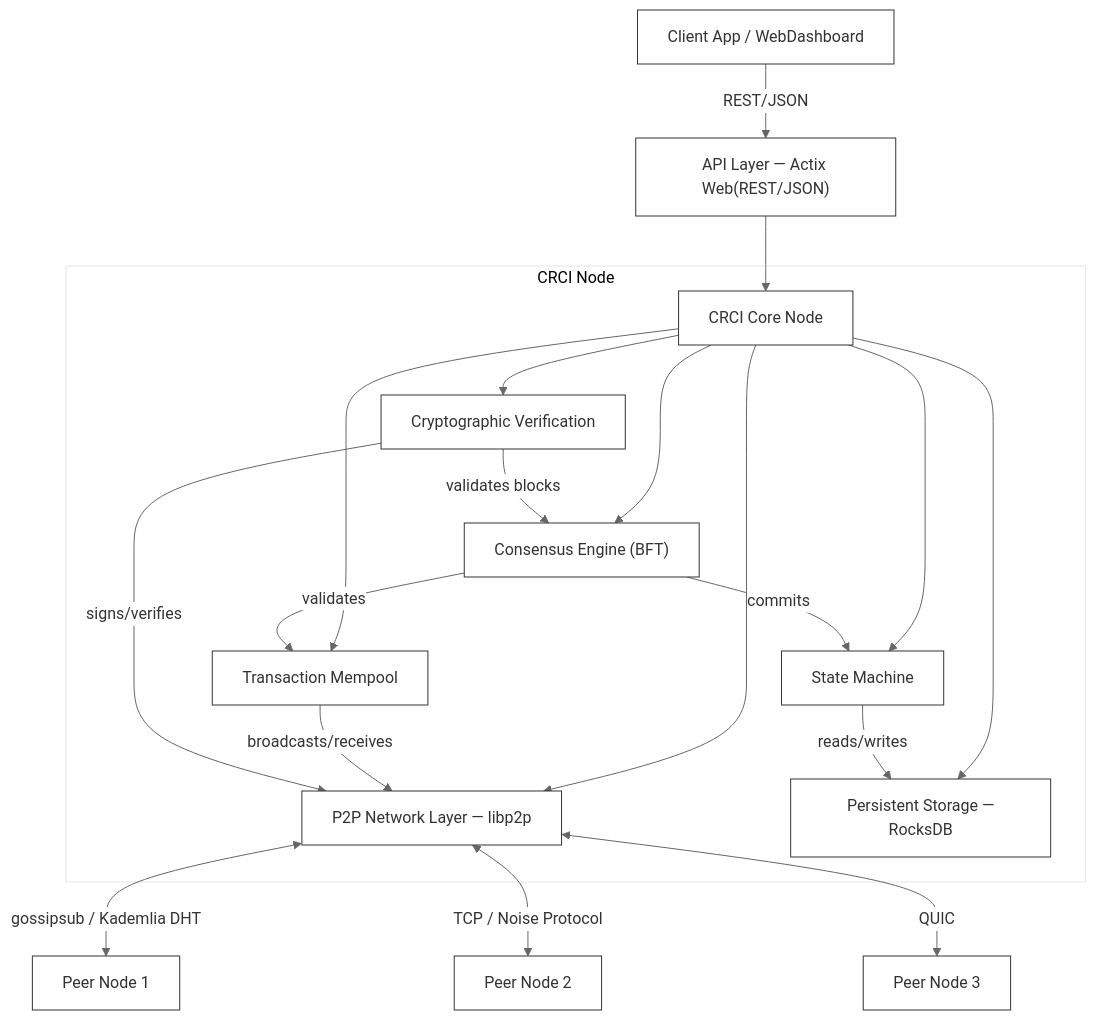
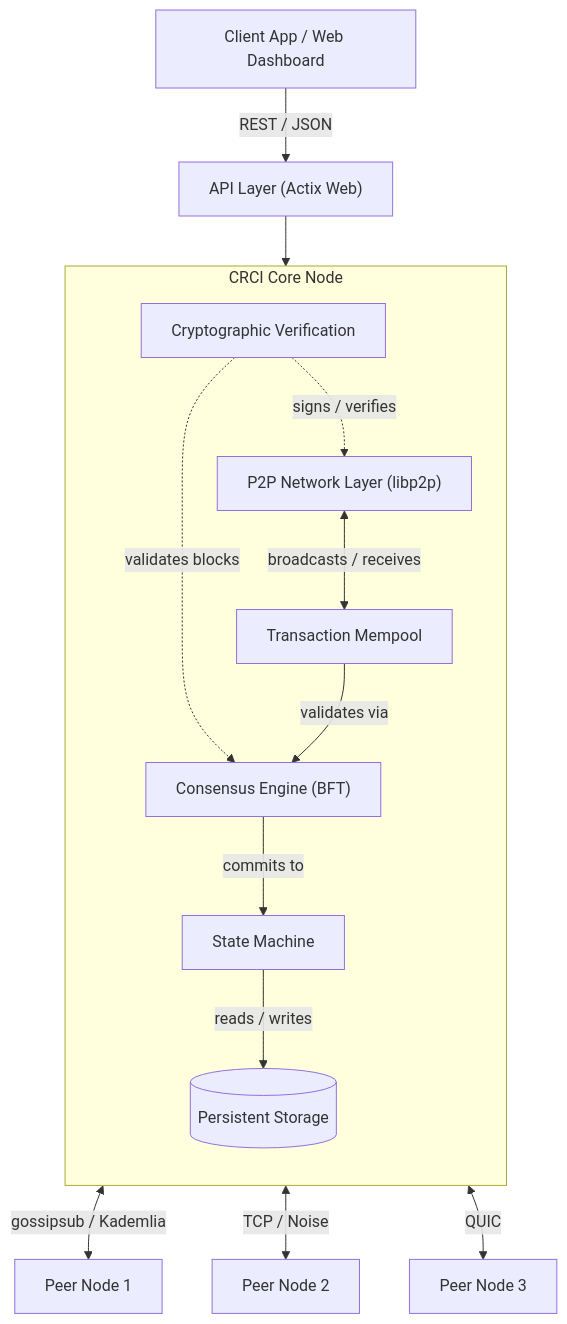
One commit to medwinjose/crci changed the diagram in README.md. Above: the diagram before and after it, drawn with Mermaid. The commit also changed other lines of this file and 1 other file, not shown here.

Commit message:
docs: presentation fixes (CI badge, diagram, Quick Start, SECURITY.md)
- CI badge URL
- Architecture diagram layout
- Consensus description matches the source
- Quick Start as sequential commands
- SECURITY.md version table

````diff
--- a/README.md
+++ b/README.md
@@ -19,26 +19,26 @@
 ```mermaid
-%%{init: {'theme': 'base', 'themeVariables': { 'primaryColor': '#ffffff', 'primaryBorderColor': '#333333', 'lineColor': '#666666', 'textColor': '#000000'}}}%%
-graph TD
-    Client["Client App / WebDashboard"] -->|"REST/JSON"| APILayer["API Layer — Actix Web(REST/JSON)"]
-    APILayer --> CRCI_Node["CRCI Core Node"]
-    
-    subgraph CRCI Node
-        CRCI_Node --> Consensus["Consensus Engine (BFT)"]
-        CRCI_Node --> Mempool["Transaction Mempool"]
-        CRCI_Node --> StateMachine["State Machine"]
-        CRCI_Node --> Network["P2P Network Layer — libp2p"]
-        CRCI_Node --> Crypto["Cryptographic Verification"]
-        CRCI_Node --> Storage["Persistent Storage —RocksDB"]
-        
-        Consensus -->|"validates"| Mempool
-        Consensus -->|"commits"| StateMachine
-        Mempool -->|"broadcasts/receives"| Network
-        StateMachine -->|"reads/writes"| Storage
-        Crypto -->|"signs/verifies"| Network
-        Crypto -->|"validates blocks"| Consensus
+flowchart TB
+    Client["Client App / Web Dashboard"] -->|"REST / JSON"| APILayer["API Layer (Actix Web)"]
+    APILayer --> Mempool
+
+    subgraph Node["CRCI Core Node"]
+        direction TB
+        Crypto["Cryptographic Verification"]
+        Mempool["Transaction Mempool"]
+        Consensus["Consensus Engine (BFT)"]
+        StateMachine["State Machine"]
+        Network["P2P Network Layer (libp2p)"]
+        Storage[(Persistent Storage)]
+
+        Crypto -.->|"signs / verifies"| Network
+        Crypto -.->|"validates blocks"| Consensus
+        Network <-->|"broadcasts / receives"| Mempool
+        Mempool -->|"validates via"| Consensus
+        Consensus -->|"commits to"| StateMachine
+        StateMachine -->|"reads / writes"| Storage
     end
-    
-    Network <-->|"gossipsub / Kademlia DHT"| Peer1["Peer Node 1"]
-    Network <-->|"TCP / Noise Protocol"| Peer2["Peer Node 2"]
+
+    Network <-->|"gossipsub / Kademlia"| Peer1["Peer Node 1"]
+    Network <-->|"TCP / Noise"| Peer2["Peer Node 2"]
     Network <-->|"QUIC"| Peer3["Peer Node 3"]
 ```
````
